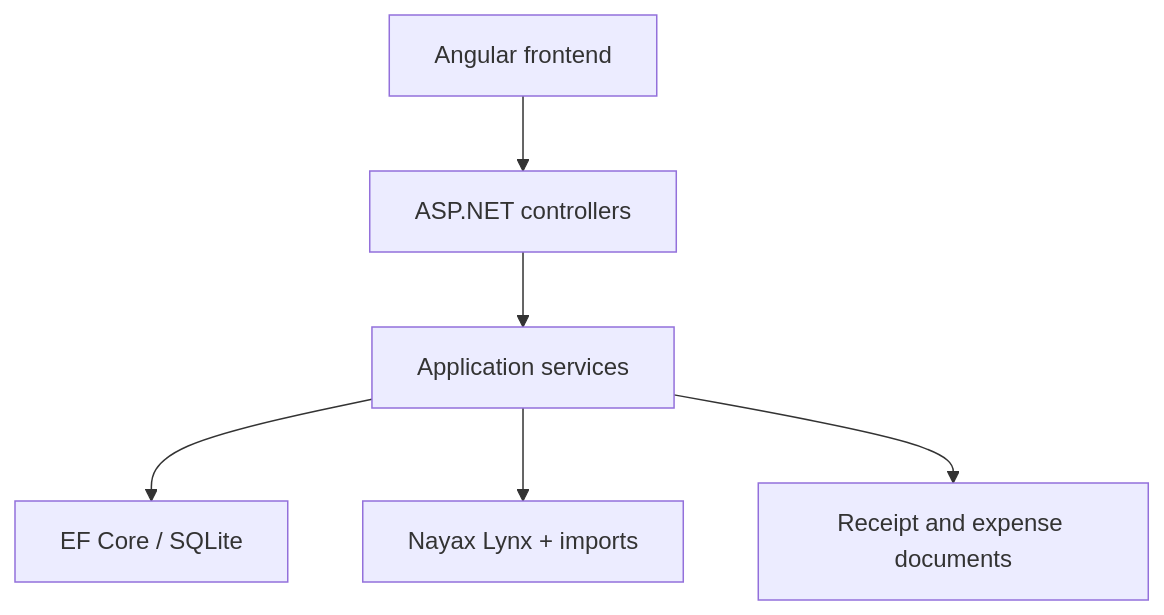
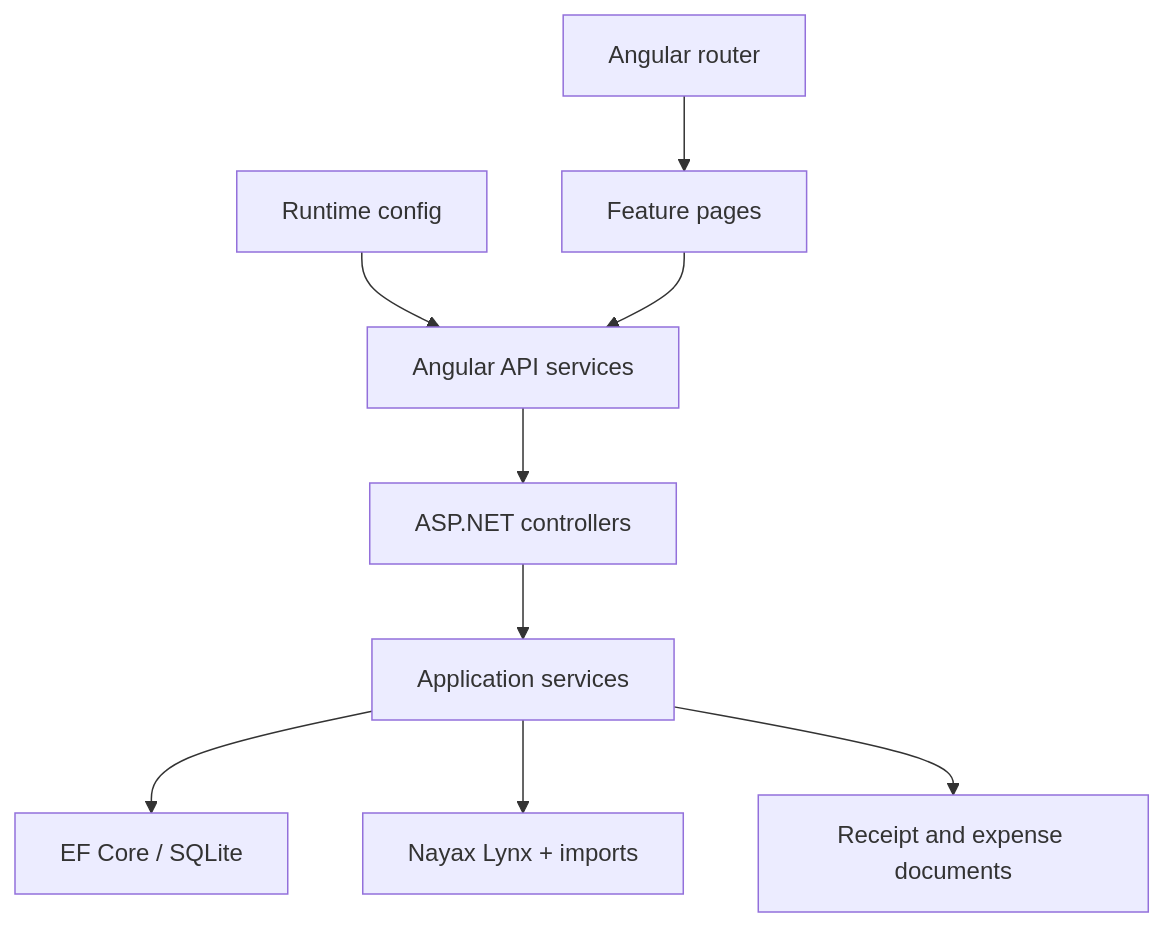
One commit to cristhyanc/InventoryApp changed the first of 4 diagrams in docs/architecture.md. Above: the diagram before and after it, drawn with Mermaid. The commit also changed other lines of this file, not shown here.

Commit message:
docs: document frontend architecture

````diff
--- a/docs/architecture.md
+++ b/docs/architecture.md
@@ -46,8 +57,11 @@
 ```mermaid
 flowchart TD
-    UI["Angular frontend"] --> API["ASP.NET controllers"]
+    Router["Angular router"] --> UI["Feature pages"]
+    Config["Runtime config"] --> Clients["Angular API services"]
+    UI --> Clients
+    Clients --> API["ASP.NET controllers"]
     API --> Services["Application services"]
     Services --> DB["EF Core / SQLite"]
     Services --> Nayax["Nayax Lynx + imports"]
     Services --> Files["Receipt and expense documents"]
 ```
````
